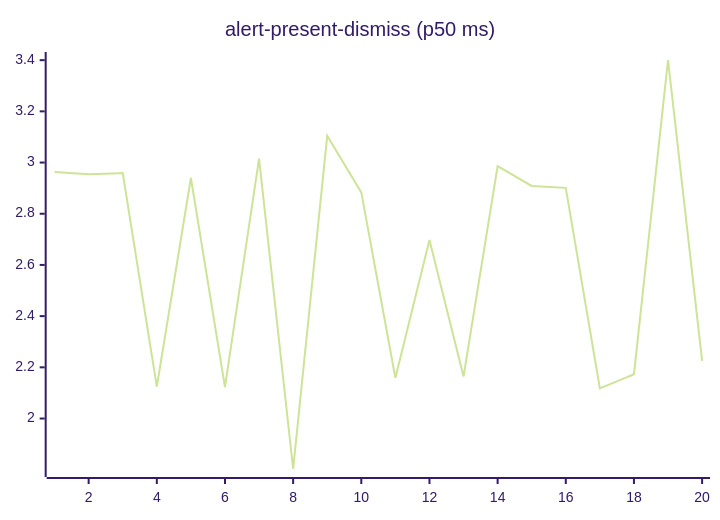
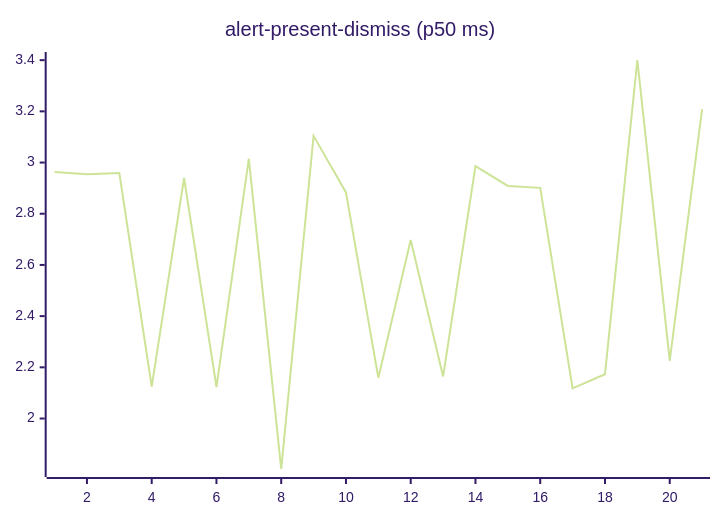
Before and after one commit to josha/Facet: the second of 27 diagrams in README.md, drawn with Mermaid (forest theme). The commit also changed other lines of this file and 2 other files, not shown here.

````diff
--- a/README.md
+++ b/README.md
@@ -70,6 +70,6 @@
 ```mermaid
 xychart-beta
     title "alert-present-dismiss (p50 ms)"
-    x-axis 1 --> 20
-    line [2.9632, 2.9538, 2.9589, 2.1244, 2.9396, 2.1232, 3.0157, 1.8028, 3.1043, 2.8834, 2.1588, 2.6974, 2.1643, 2.9862, 2.9085, 2.9011, 2.1177, 2.1729, 3.4006, 2.2253]
+    x-axis 1 --> 21
+    line [2.9632, 2.9538, 2.9589, 2.1244, 2.9396, 2.1232, 3.0157, 1.8028, 3.1043, 2.8834, 2.1588, 2.6974, 2.1643, 2.9862, 2.9085, 2.9011, 2.1177, 2.1729, 3.4006, 2.2253, 3.2090]
 ```
````
